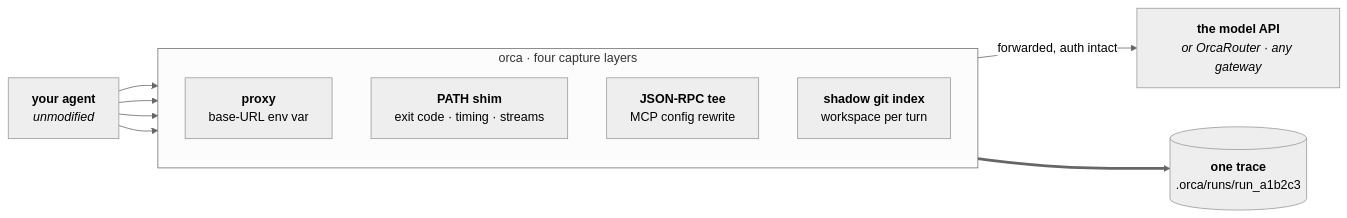
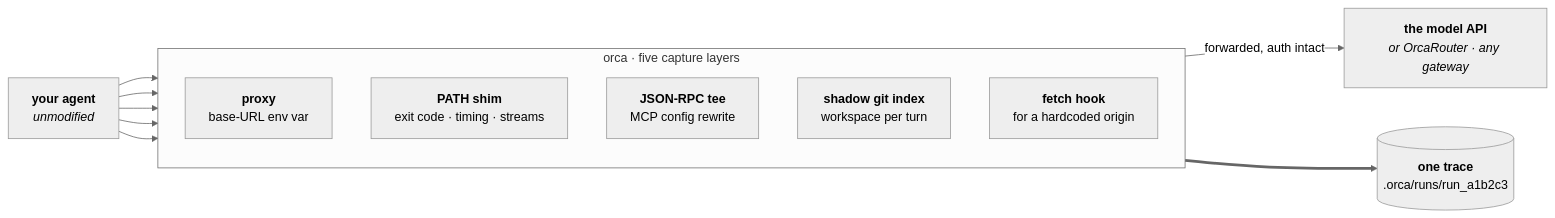
Before and after one commit to Continuum-AI-Corp/OrcaReplay: the first of 2 diagrams in README.md, drawn with Mermaid. The commit also changed other lines of this file, not shown here.

````diff
--- a/README.md
+++ b/README.md
@@ -76,17 +80,18 @@
 ```mermaid
 %%{init: {'theme':'neutral'}}%%
 flowchart LR
     A["<b>your agent</b><br/><i>unmodified</i>"]
 
-    subgraph orca["orca · four capture layers"]
+    subgraph orca["orca · five capture layers"]
         direction TB
         P["<b>proxy</b><br/>base-URL env var"]
         SH["<b>PATH shim</b><br/>exit code · timing · streams"]
         MC["<b>JSON-RPC tee</b><br/>MCP config rewrite"]
         FS["<b>shadow git index</b><br/>workspace per turn"]
+        FH["<b>fetch hook</b><br/>for a hardcoded origin"]
     end
 
-    A --> P & SH & MC & FS
+    A --> P & SH & MC & FS & FH
     P -->|"forwarded, auth intact"| U["<b>the model API</b><br/><i>or OrcaRouter · any gateway</i>"]
     orca ==> T[("<b>one trace</b><br/>.orca/runs/run_a1b2c3")]
 ```
````
